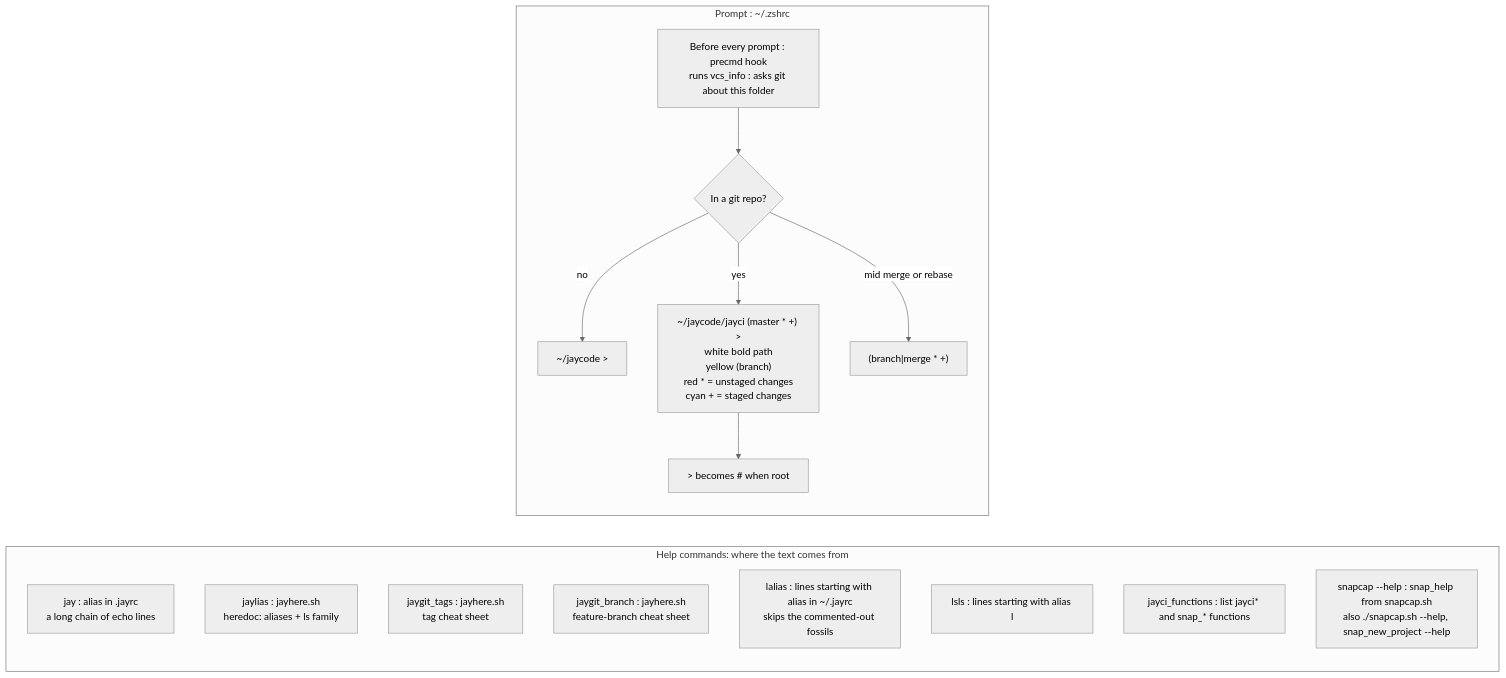
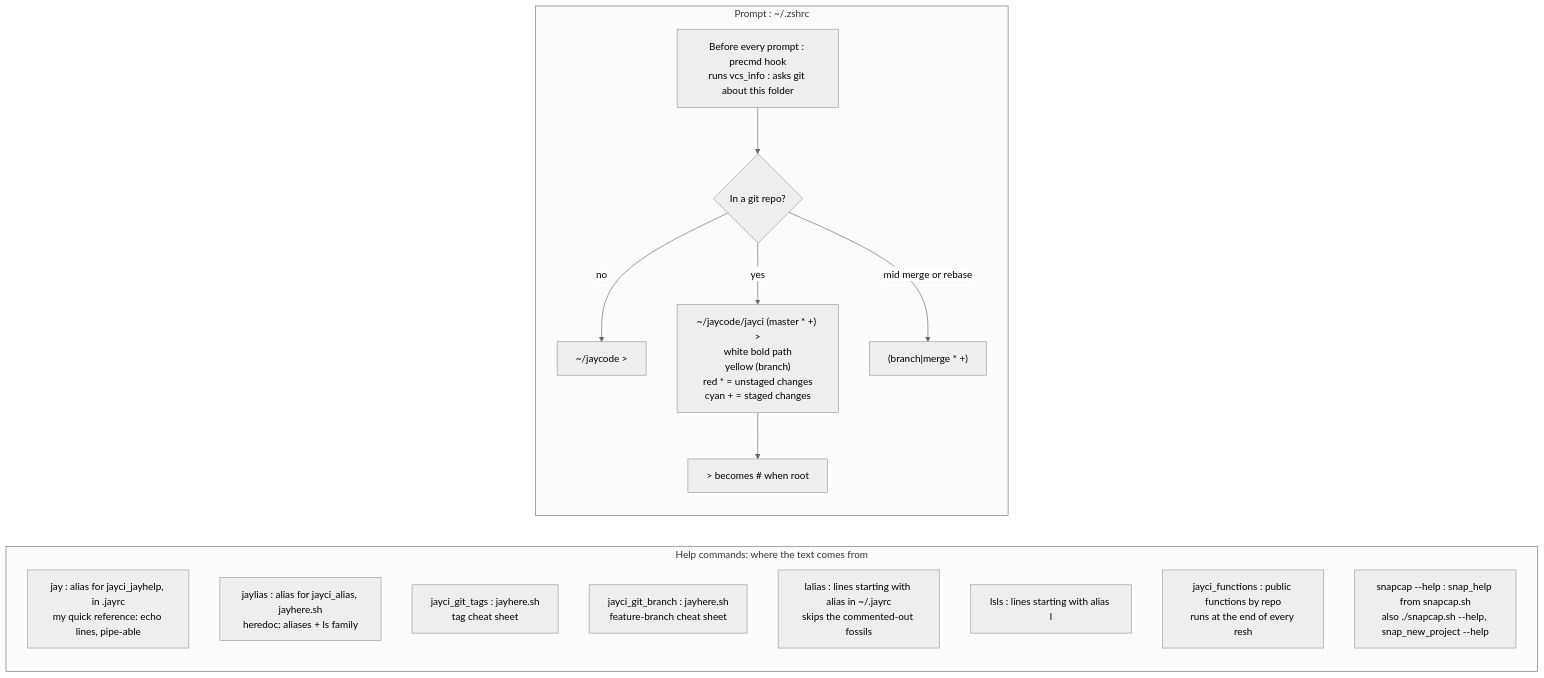
The diagram in docs/diagrams/8-help-and-prompt.mmd (jaycody/jayci), drawn with Mermaid (neutral theme) before and after one commit. The commit also changed 34 other files, not shown here.

First line of the commit message:
README: plain-language opening, big-idea diagrams, new diagram look

```diff
--- a/docs/diagrams/8-help-and-prompt.mmd
+++ b/docs/diagrams/8-help-and-prompt.mmd
@@ -1,21 +1,29 @@
 %% 8. The help commands, and how the prompt is drawn.
 flowchart LR
     subgraph HELP ["Help commands: where the text comes from"]
-        h1["jay : alias in .jayrc<br/>a long chain of echo lines"]
-        h2["jaylias : jayhere.sh<br/>heredoc: aliases + ls family"]
-        h3["jaygit_tags : jayhere.sh<br/>tag cheat sheet"]
-        h4["jaygit_branch : jayhere.sh<br/>feature-branch cheat sheet"]
+        h1["jay : alias for jayci_jayhelp, in .jayrc<br/>my quick reference: echo lines, pipe-able"]
+        h2["jaylias : alias for jayci_alias, jayhere.sh<br/>heredoc: aliases + ls family"]
+        h3["jayci_git_tags : jayhere.sh<br/>tag cheat sheet"]
+        h4["jayci_git_branch : jayhere.sh<br/>feature-branch cheat sheet"]
         h5["lalias : lines starting with alias in ~/.jayrc<br/>skips the commented-out fossils"]
         h6["lsls : lines starting with alias l"]
-        h7["jayci_functions : list jayci* and snap_* functions"]
+        h7["jayci_functions : public functions by repo<br/>runs at the end of every resh"]
         h8["snapcap --help : snap_help from snapcap.sh<br/>also ./snapcap.sh --help, snap_new_project --help"]
     end
 
 
     subgraph PROMPT ["Prompt : ~/.zshrc"]
         p1["Before every prompt : precmd hook<br/>runs vcs_info : asks git about this folder"] --> p2{"In a git repo?"}
         p2 -->|no| p3["~/jaycode >"]
         p2 -->|yes| p4["~/jaycode/jayci (master * +) ><br/>white bold path<br/>yellow (branch)<br/>red * = unstaged changes<br/>cyan + = staged changes"]
         p2 -->|"mid merge or rebase"| p5["(branch|merge * +)"]
         p4 --> p6["> becomes # when root"]
     end
+
+%% FOSSIL RECORD
+%% 2026-11-10: jayci_ prefix for jayci's functions; jay and jaylias are aliases now.
+%%     h1["jay : alias in .jayrc<br/>a long chain of echo lines"]
+%%     h2["jaylias : jayhere.sh<br/>heredoc: aliases + ls family"]
+%%     h3["jaygit_tags : jayhere.sh<br/>tag cheat sheet"]
+%%     h4["jaygit_branch : jayhere.sh<br/>feature-branch cheat sheet"]
+%%     h7["jayci_functions : list jayci* and snap_* functions"]
```
